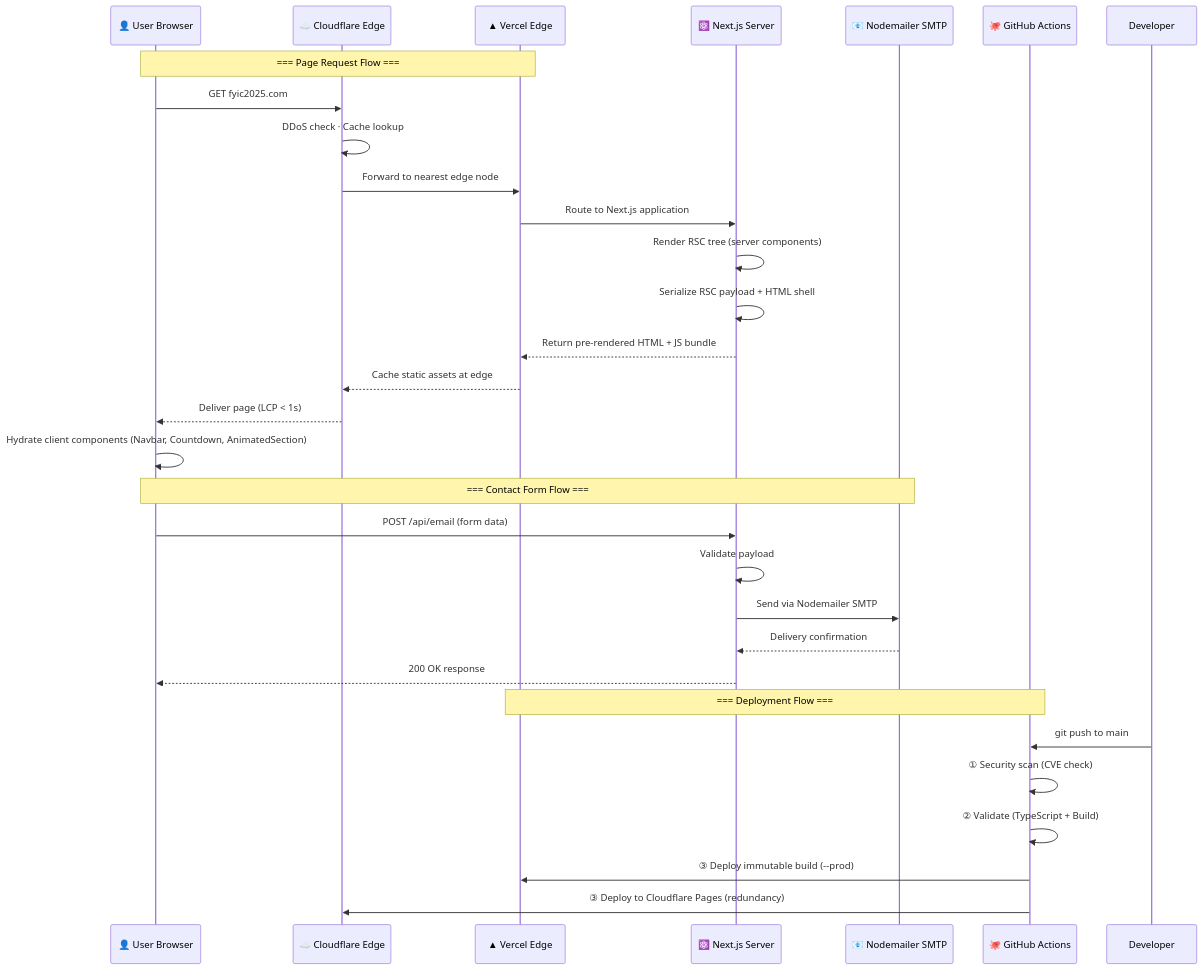
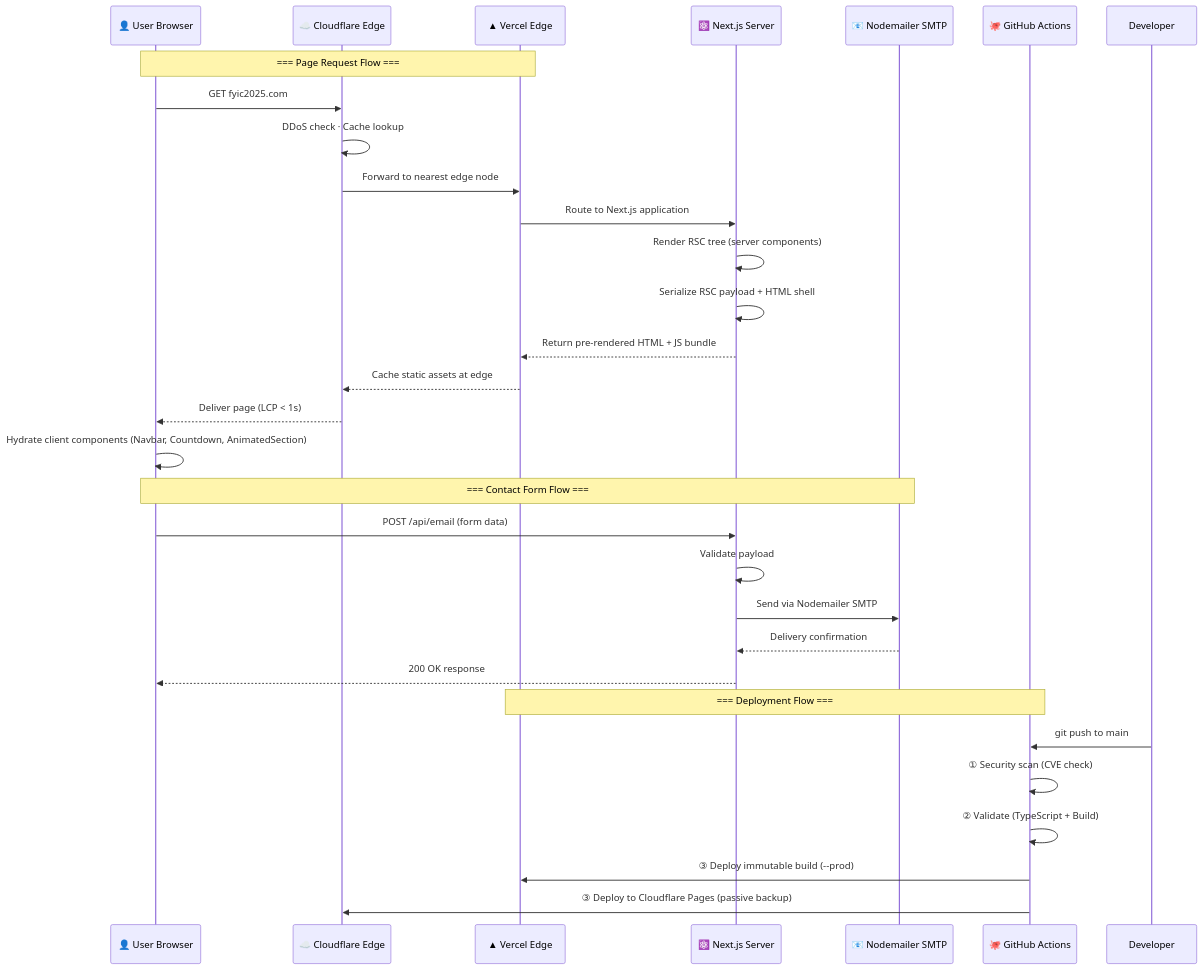
The fourth of 7 diagrams in README.md (johnnietse/2025-fyic), drawn with Mermaid before and after one commit. The commit also changed other lines of this file, not shown here.

Commit message:
docs: clarify active-passive DNS failover strategy for cloudflare

````diff
--- a/README.md
+++ b/README.md
@@ -235,35 +235,35 @@
 ```mermaid
 sequenceDiagram
     participant User as 👤 User Browser
     participant CF as ☁️ Cloudflare Edge
     participant Vercel as ▲ Vercel Edge
     participant Next as ⚛️ Next.js Server
     participant Email as 📧 Nodemailer SMTP
     participant GH as 🐙 GitHub Actions
 
     Note over User,Vercel: === Page Request Flow ===
     User->>CF: GET fyic2025.com
     CF->>CF: DDoS check · Cache lookup
     CF->>Vercel: Forward to nearest edge node
     Vercel->>Next: Route to Next.js application
     Next->>Next: Render RSC tree (server components)
     Next->>Next: Serialize RSC payload + HTML shell
     Next-->>Vercel: Return pre-rendered HTML + JS bundle
     Vercel-->>CF: Cache static assets at edge
     CF-->>User: Deliver page (LCP < 1s)
     User->>User: Hydrate client components (Navbar, Countdown, AnimatedSection)
 
     Note over User,Email: === Contact Form Flow ===
     User->>Next: POST /api/email (form data)
     Next->>Next: Validate payload
     Next->>Email: Send via Nodemailer SMTP
     Email-->>Next: Delivery confirmation
     Next-->>User: 200 OK response
 
     Note over GH,Vercel: === Deployment Flow ===
     Developer->>GH: git push to main
     GH->>GH: ① Security scan (CVE check)
     GH->>GH: ② Validate (TypeScript + Build)
     GH->>Vercel: ③ Deploy immutable build (--prod)
-    GH->>CF: ③ Deploy to Cloudflare Pages (redundancy)
+    GH->>CF: ③ Deploy to Cloudflare Pages (passive backup)
 ```
````
